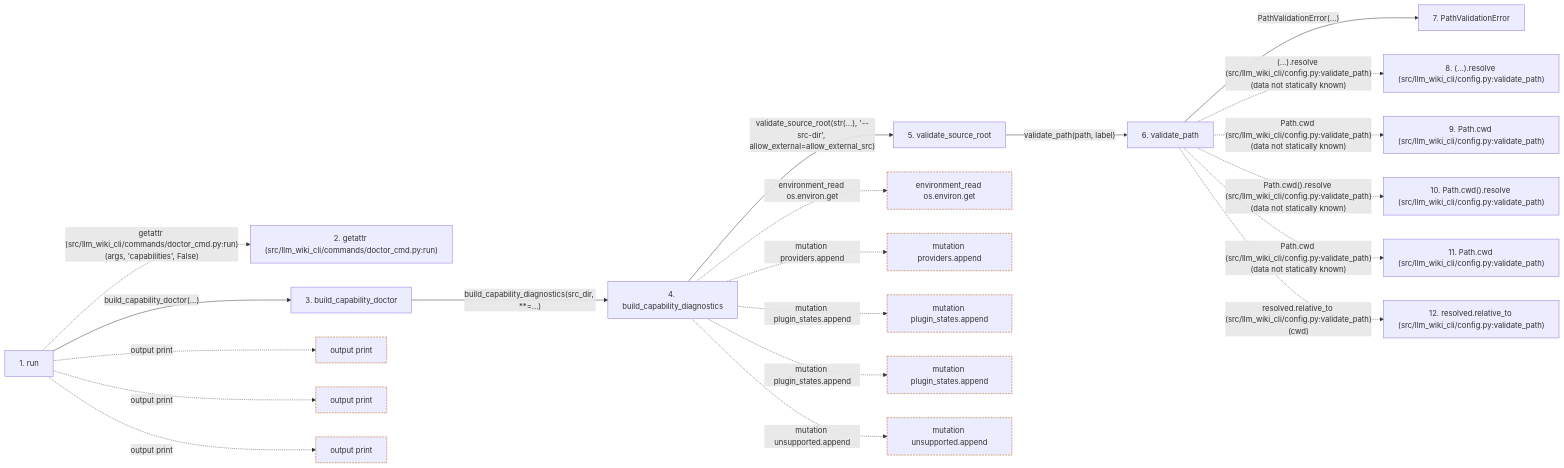
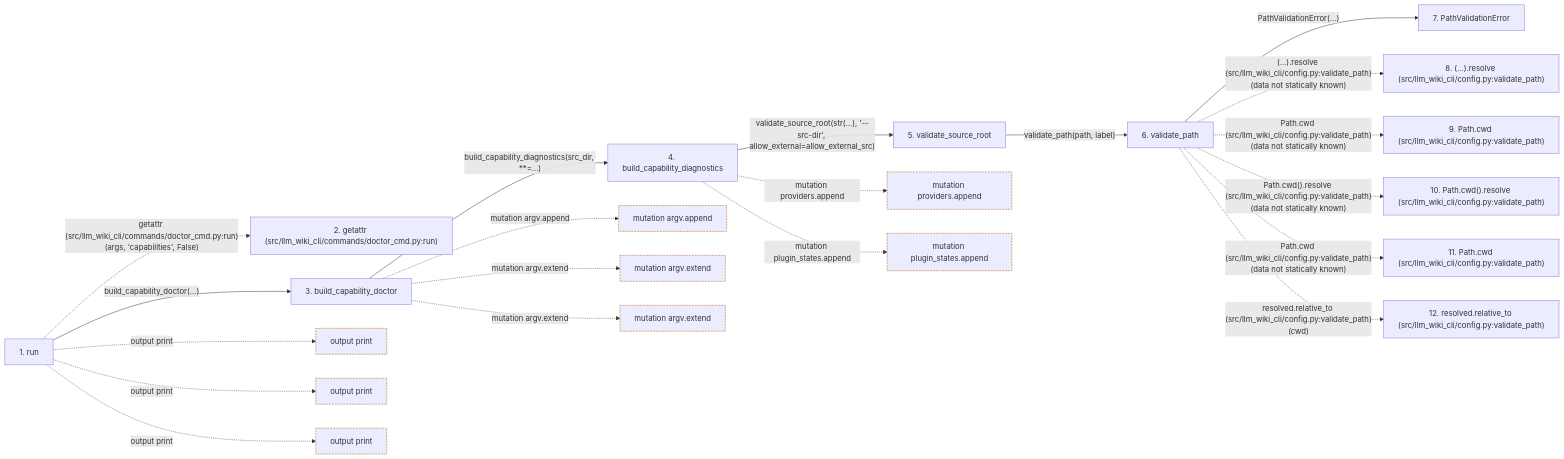
Before and after one commit to Denissvgn/python-wiki-llm: the second of 2 diagrams in docs/llm_wiki/flows/cli-doctor.md, drawn with Mermaid. The commit also changed other lines of this file and 23 other files, not shown here.

````diff
--- a/docs/llm_wiki/flows/cli-doctor.md
+++ b/docs/llm_wiki/flows/cli-doctor.md
@@ -111,57 +111,57 @@
 ```mermaid
 flowchart LR
     s1["1. run"]
     s2["2. getattr (src/llm_wiki_cli/commands/doctor_cmd.py:run)"]
     s3["3. build_capability_doctor"]
     s4["4. build_capability_diagnostics"]
     s5["5. validate_source_root"]
     s6["6. validate_path"]
     s7["7. PathValidationError"]
     s8["8. (…).resolve (src/llm_wiki_cli/config.py:validate_path)"]
     s9["9. Path.cwd (src/llm_wiki_cli/config.py:validate_path)"]
     s10["10. Path.cwd().resolve (src/llm_wiki_cli/config.py:validate_path)"]
     s11["11. Path.cwd (src/llm_wiki_cli/config.py:validate_path)"]
     s12["12. resolved.relative_to (src/llm_wiki_cli/config.py:validate_path)"]
     s1 -. "getattr (src/llm_wiki_cli/commands/doctor_cmd.py:run)(args, 'capabilities', False)" .-> s2
     s1 -->|"build_capability_doctor(…)"| s3
     s3 -->|"build_capability_diagnostics(src_dir, **=...)"| s4
     s4 -->|"validate_source_root(str(...), '--src-dir', allow_external=allow_external_src)"| s5
     s5 -->|"validate_path(path, label)"| s6
     s6 -->|"PathValidationError(...)"| s7
     s6 -. "(…).resolve (src/llm_wiki_cli/config.py:validate_path)(data not statically known)" .-> s8
     s6 -. "Path.cwd (src/llm_wiki_cli/config.py:validate_path)(data not statically known)" .-> s9
     s6 -. "Path.cwd().resolve (src/llm_wiki_cli/config.py:validate_path)(data not statically known)" .-> s10
     s6 -. "Path.cwd (src/llm_wiki_cli/config.py:validate_path)(data not statically known)" .-> s11
     s6 -. "resolved.relative_to (src/llm_wiki_cli/config.py:validate_path)(cwd)" .-> s12
     b0["output print"]
     s1 -. "output print" .-> b0
     b1["output print"]
     s1 -. "output print" .-> b1
     b2["output print"]
     s1 -. "output print" .-> b2
-    b3["environment_read os.environ.get"]
-    s4 -. "environment_read os.environ.get" .-> b3
-    b4["mutation providers.append"]
-    s4 -. "mutation providers.append" .-> b4
-    b5["mutation plugin_states.append"]
-    s4 -. "mutation plugin_states.append" .-> b5
-    b6["mutation plugin_states.append"]
-    s4 -. "mutation plugin_states.append" .-> b6
-    b7["mutation unsupported.append"]
-    s4 -. "mutation unsupported.append" .-> b7
+    b3["mutation argv.append"]
+    s3 -. "mutation argv.append" .-> b3
+    b4["mutation argv.extend"]
+    s3 -. "mutation argv.extend" .-> b4
+    b5["mutation argv.extend"]
+    s3 -. "mutation argv.extend" .-> b5
+    b6["mutation providers.append"]
+    s4 -. "mutation providers.append" .-> b6
+    b7["mutation plugin_states.append"]
+    s4 -. "mutation plugin_states.append" .-> b7
     click s1 "../modules/doctor_cmd.md"
     click s3 "../modules/capability_diagnostics.md"
     click s4 "../modules/capability_diagnostics.md"
     click s5 "../modules/config.md"
     click s6 "../modules/config.md"
     click s7 "../modules/config.md"
     classDef boundary stroke:#b45309,stroke-dasharray: 4 2
     class b0 boundary
     class b1 boundary
     class b2 boundary
     class b3 boundary
     class b4 boundary
     class b5 boundary
     class b6 boundary
     class b7 boundary
 ```
````
